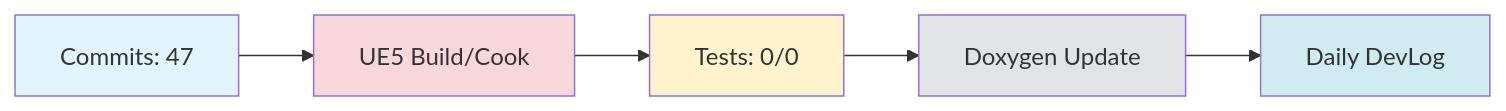
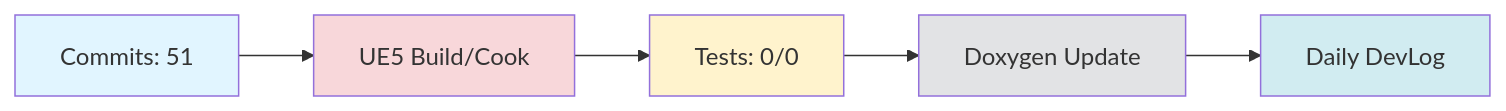
One commit to doppleddiggong/Onepiece changed the diagram in Documents/DevLog/Daily/2025-11-13.md. Above: the diagram before and after it, drawn with Mermaid. The commit also changed other lines of this file and 1 other file, not shown here.

````diff
--- a/Documents/DevLog/Daily/2025-11-13.md
+++ b/Documents/DevLog/Daily/2025-11-13.md
@@ -107,13 +107,13 @@
 ```mermaid
 flowchart LR
-  Dev[Commits: 47] --> Build[UE5 Build/Cook]
+  Dev[Commits: 51] --> Build[UE5 Build/Cook]
   Build --> Test[Tests: 0/0]
   Test --> Doc[Doxygen Update]
   Doc --> Daily[Daily DevLog]
 
   style Dev fill:#e1f5ff
   style Build fill:#f8d7da
   style Test fill:#fff3cd
   style Doc fill:#e2e3e5
   style Daily fill:#d1ecf1
 ```
````
